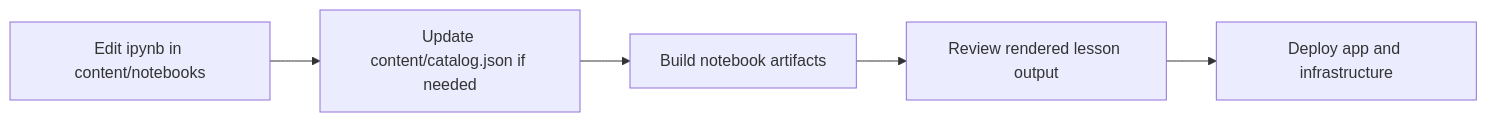
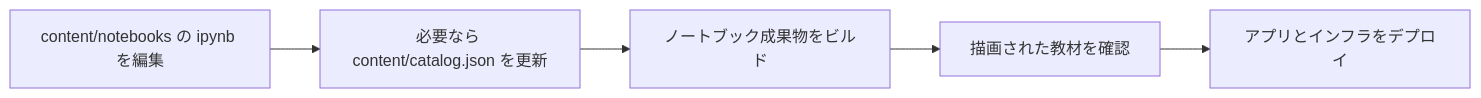
The third of 3 diagrams in README.md (mani1261790/Noema), drawn with Mermaid before and after one commit. The commit also changed other lines of this file and 12 other files, not shown here.

````diff
--- a/README.md
+++ b/README.md
@@ -77,7 +77,7 @@
 ```mermaid
 flowchart LR
-  A["Edit ipynb in content/notebooks"] --> B["Update content/catalog.json if needed"]
-  B --> C["Build notebook artifacts"]
-  C --> D["Review rendered lesson output"]
-  D --> E["Deploy app and infrastructure"]
+  A["content/notebooks の ipynb を編集"] --> B["必要なら content/catalog.json を更新"]
+  B --> C["ノートブック成果物をビルド"]
+  C --> D["描画された教材を確認"]
+  D --> E["アプリとインフラをデプロイ"]
 ```
````
